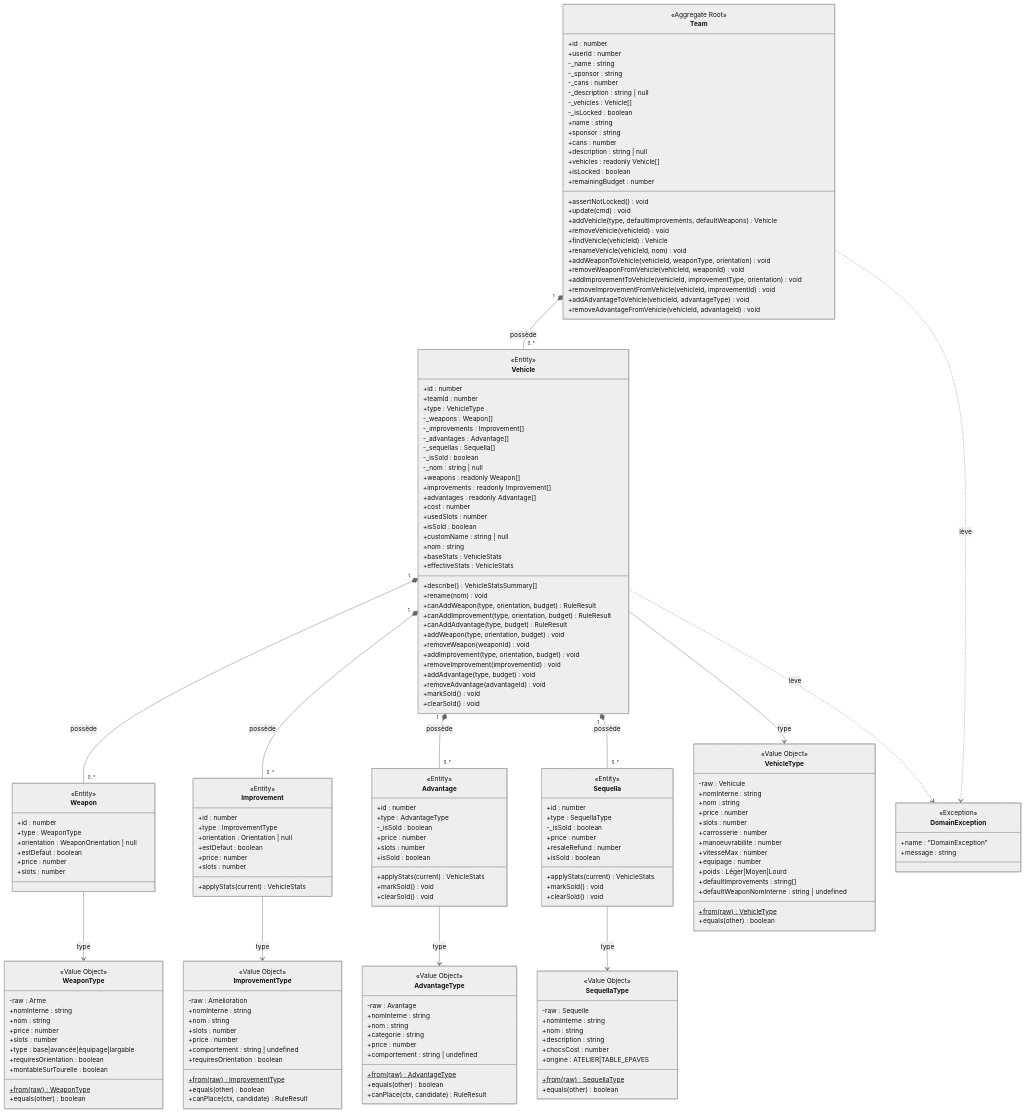
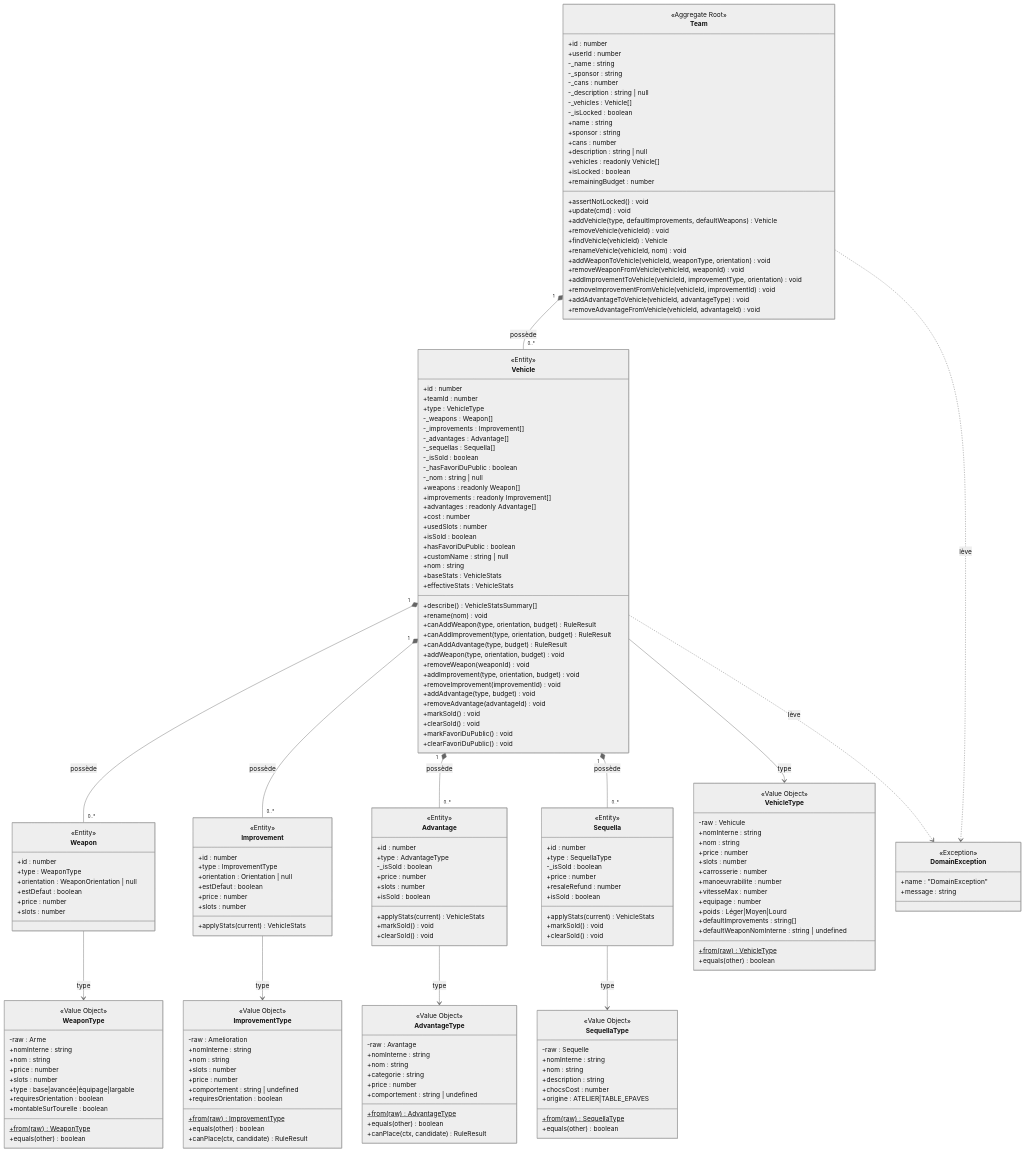
One commit to arnaudbracchetti/gaslands-manager changed the first of 4 diagrams in docs/DOMAIN_MODEL.md. Above: the diagram before and after it, drawn with Mermaid (neutral theme). The commit also changed other lines of this file and 24 other files, not shown here.

```diff
--- a/docs/DOMAIN_MODEL.md
+++ b/docs/DOMAIN_MODEL.md
@@ -61,6 +61,7 @@
         -_advantages : Advantage[]
         -_sequellas : Sequella[]
         -_isSold : boolean
+        -_hasFavoriDuPublic : boolean
         -_nom : string | null
         +weapons : readonly Weapon[]
         +improvements : readonly Improvement[]
@@ -68,6 +69,7 @@
         +cost : number
         +usedSlots : number
         +isSold : boolean
+        +hasFavoriDuPublic : boolean
         +customName : string | null
         +nom : string
         +baseStats : VehicleStats
@@ -85,6 +87,8 @@
         +removeAdvantage(advantageId) void
         +markSold() void
         +clearSold() void
+        +markFavoriDuPublic() void
+        +clearFavoriDuPublic() void
     }
 
     class Weapon {
```
